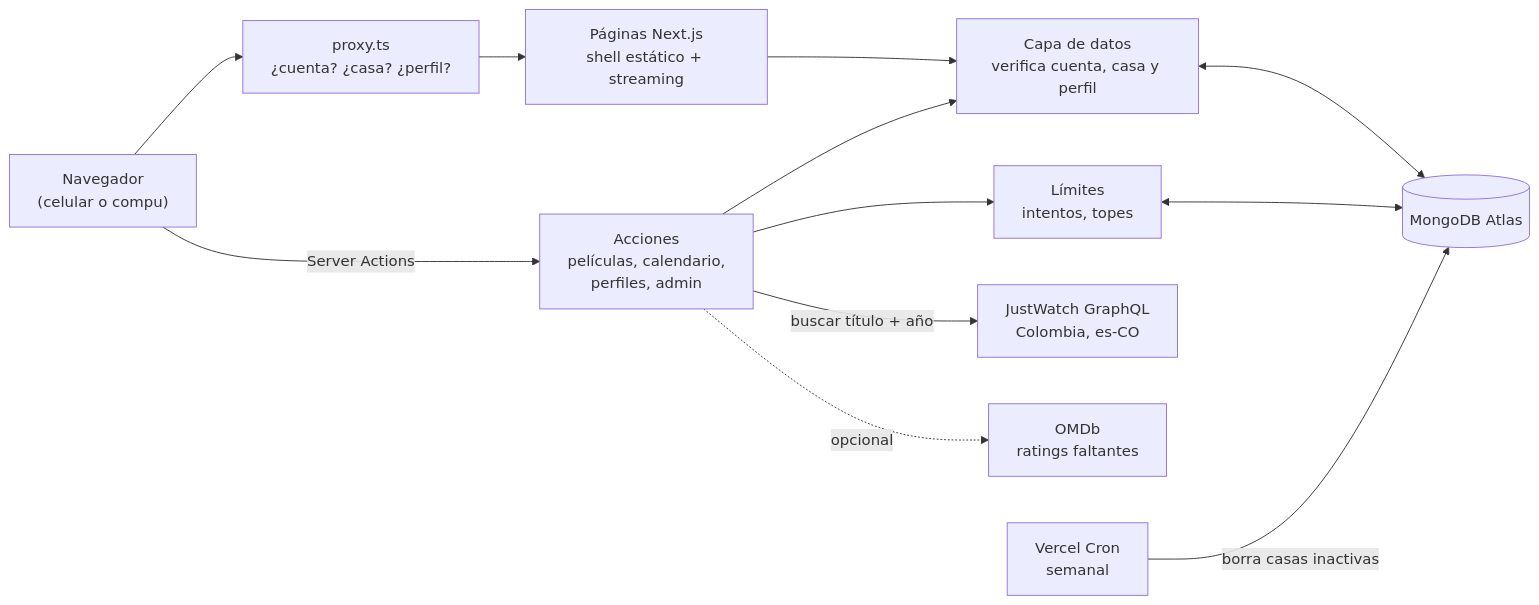
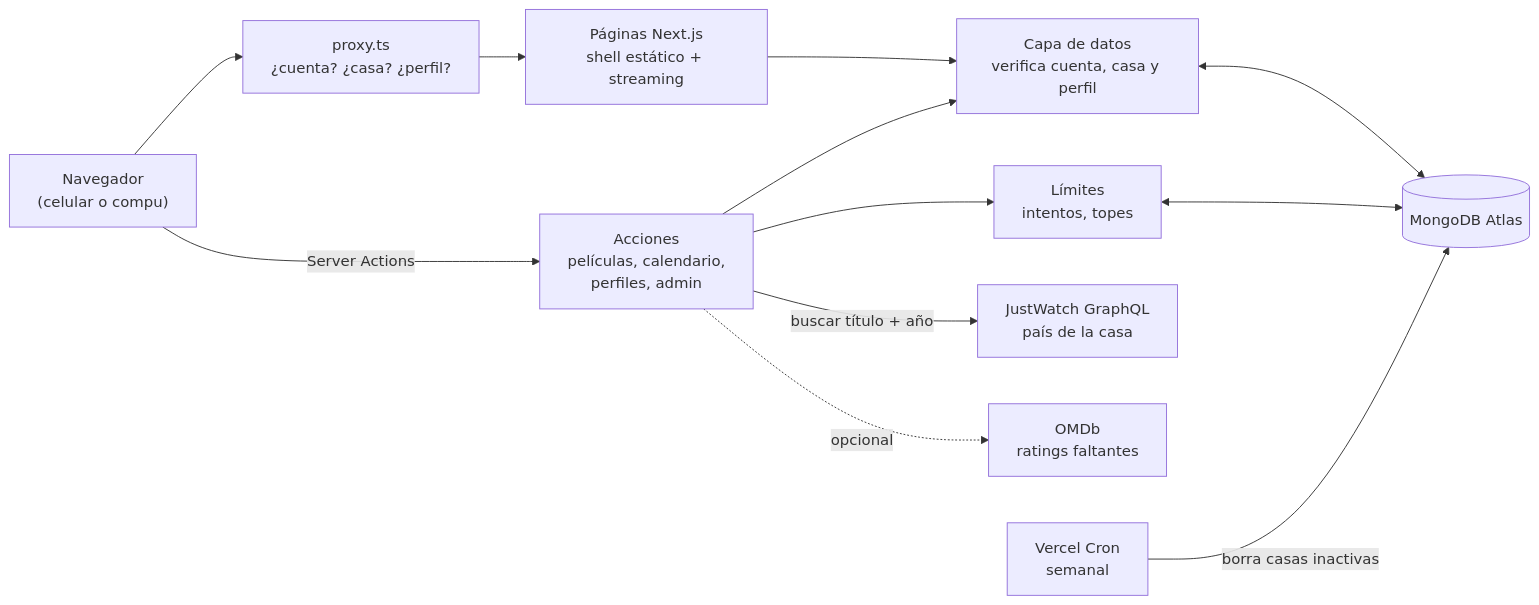
One commit to Jvrmmora/christmas-movies-select changed the first of 3 diagrams in README.md. Above: the diagram before and after it, drawn with Mermaid. The commit also changed other lines of this file and 40 other files, not shown here.

First line of the commit message:
feat: un país por casa, clásicas para casas nuevas y eliminar cuenta

````diff
--- a/README.md
+++ b/README.md
@@ -110,14 +113,14 @@
 ```mermaid
 flowchart LR
   U["Navegador<br/>(celular o compu)"] --> P["proxy.ts<br/>¿cuenta? ¿casa? ¿perfil?"]
   P --> RSC["Páginas Next.js<br/>shell estático + streaming"]
   U -->|"Server Actions"| SA["Acciones<br/>películas, calendario,<br/>perfiles, admin"]
   RSC --> DAL["Capa de datos<br/>verifica cuenta, casa y perfil"]
   SA --> DAL
   SA --> RL["Límites<br/>intentos, topes"]
   DAL <--> DB[("MongoDB Atlas")]
   RL <--> DB
-  SA -->|"buscar título + año"| JW["JustWatch GraphQL<br/>Colombia, es-CO"]
+  SA -->|"buscar título + año"| JW["JustWatch GraphQL<br/>país de la casa"]
   SA -.->|"opcional"| OM["OMDb<br/>ratings faltantes"]
   CR["Vercel Cron<br/>semanal"] -->|"borra casas inactivas"| DB
 ```
````
